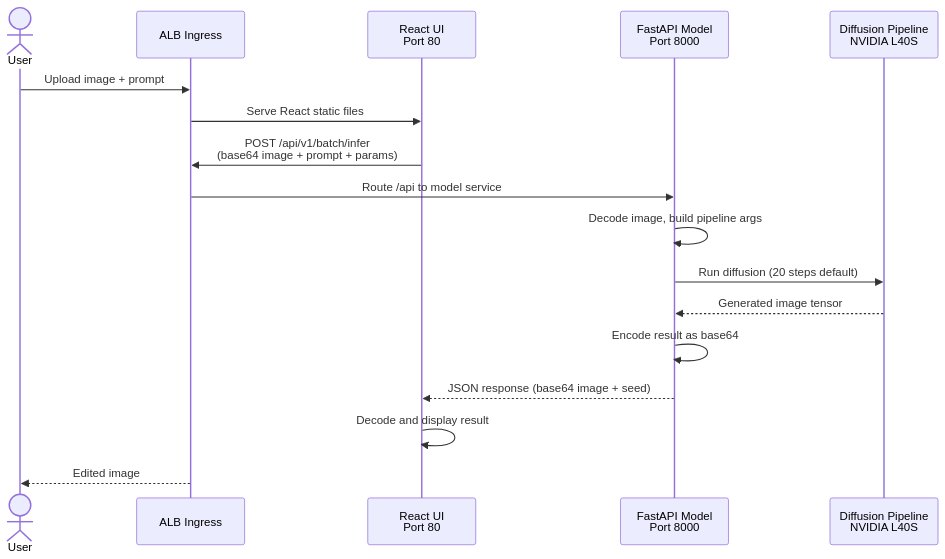
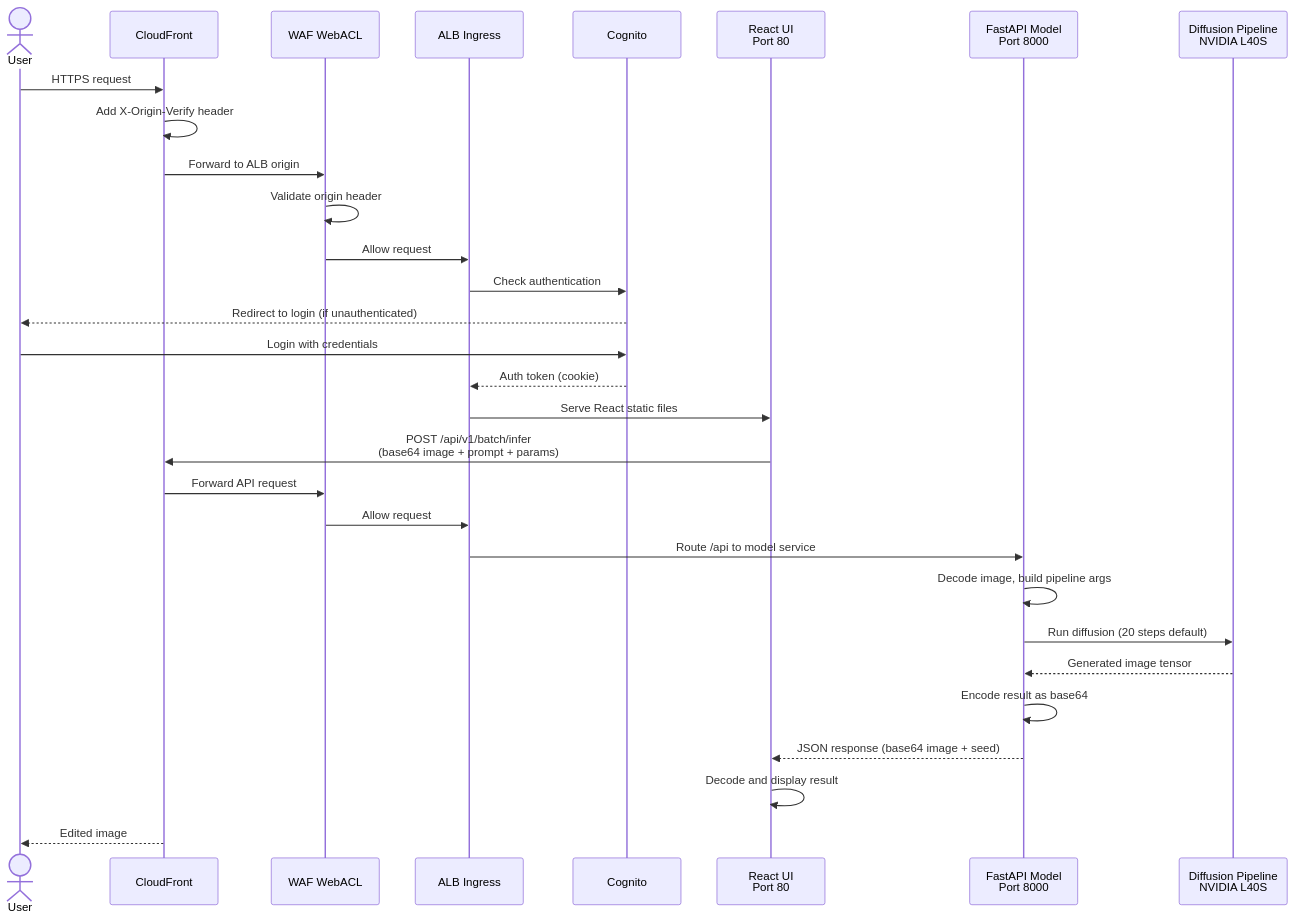
Before and after one commit to garystafford/qwen-image-edit-2511-eks-react: the fourth of 5 diagrams in README.md, drawn with Mermaid. The commit also changed other lines of this file and 10 other files, not shown here.

First line of the commit message:
Add CloudFront + WAF + Cognito authentication

````diff
--- a/README.md
+++ b/README.md
@@ -70,20 +78,33 @@
 ```mermaid
 sequenceDiagram
     actor User
+    participant CF as CloudFront
+    participant WAF as WAF WebACL
     participant ALB as ALB Ingress
+    participant Cognito as Cognito
     participant UI as React UI<br/>Port 80
     participant API as FastAPI Model<br/>Port 8000
     participant GPU as Diffusion Pipeline<br/>NVIDIA L40S
 
-    User->>ALB: Upload image + prompt
+    User->>CF: HTTPS request
+    CF->>CF: Add X-Origin-Verify header
+    CF->>WAF: Forward to ALB origin
+    WAF->>WAF: Validate origin header
+    WAF->>ALB: Allow request
+    ALB->>Cognito: Check authentication
+    Cognito-->>User: Redirect to login (if unauthenticated)
+    User->>Cognito: Login with credentials
+    Cognito-->>ALB: Auth token (cookie)
     ALB->>UI: Serve React static files
-    UI->>ALB: POST /api/v1/batch/infer<br/>(base64 image + prompt + params)
+    UI->>CF: POST /api/v1/batch/infer<br/>(base64 image + prompt + params)
+    CF->>WAF: Forward API request
+    WAF->>ALB: Allow request
     ALB->>API: Route /api to model service
     API->>API: Decode image, build pipeline args
     API->>GPU: Run diffusion (20 steps default)
     GPU-->>API: Generated image tensor
     API->>API: Encode result as base64
     API-->>UI: JSON response (base64 image + seed)
     UI->>UI: Decode and display result
-    ALB-->>User: Edited image
+    CF-->>User: Edited image
 ```
````
